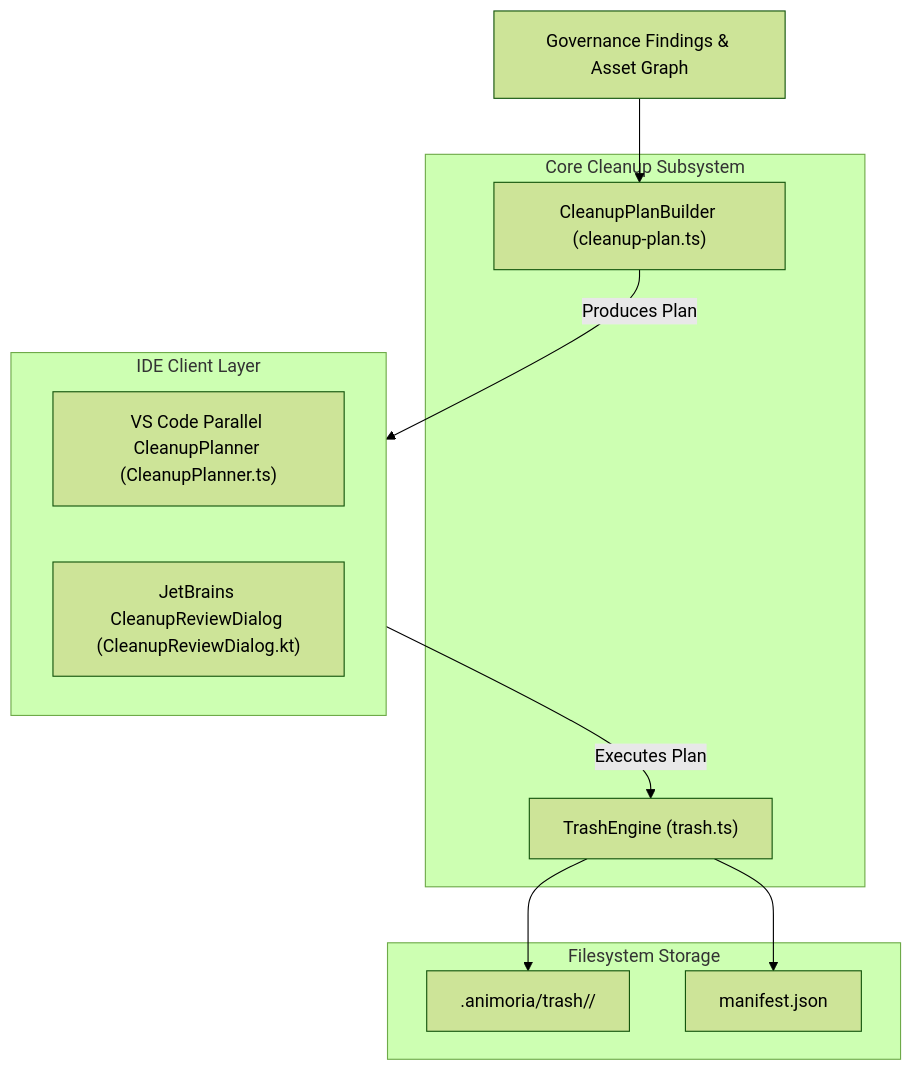
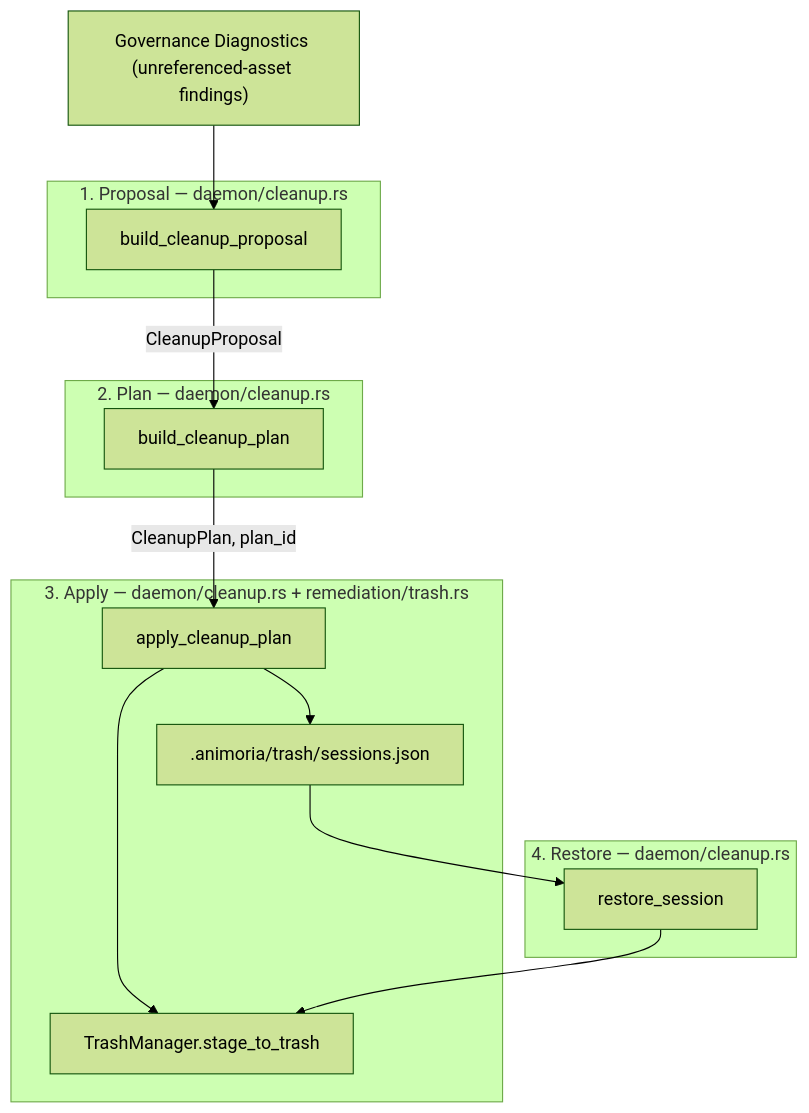
Before and after one commit to sxnnyside-project/animoria: the diagram in docs/guides/08-cleanup-trash-restore.md, drawn with Mermaid (forest theme). The commit also changed other lines of this file and 466 other files, not shown here.

Commit message:
refactor: complete migration of core engine from TypeScript to Rust

````diff
--- a/docs/guides/08-cleanup-trash-restore.md
+++ b/docs/guides/08-cleanup-trash-restore.md
@@ -16,26 +14,30 @@
 ```mermaid
 graph TD
-    GovernanceReport["Governance Findings & Asset Graph"]
-    
-    subgraph CoreCleanup["Core Cleanup Subsystem"]
-        CleanupPlanner["CleanupPlanBuilder (cleanup-plan.ts)"]
-        TrashEngine["TrashEngine (trash.ts)"]
+    Diagnostics["Governance Diagnostics (unreferenced-asset findings)"]
+
+    subgraph Proposal["1. Proposal — daemon/cleanup.rs"]
+        BuildProposal["build_cleanup_proposal"]
     end
 
-    subgraph ClientLayer["IDE Client Layer"]
-        VSCodePlanner["VS Code Parallel CleanupPlanner (CleanupPlanner.ts)"]
-        JBCleanup["JetBrains CleanupReviewDialog (CleanupReviewDialog.kt)"]
+    subgraph Plan["2. Plan — daemon/cleanup.rs"]
+        BuildPlan["build_cleanup_plan"]
     end
 
-    subgraph StagedStorage["Filesystem Storage"]
-        TrashDir[".animoria/trash/<session-id>/"]
-        ManifestFile["manifest.json"]
+    subgraph Apply["3. Apply — daemon/cleanup.rs + remediation/trash.rs"]
+        ApplyPlan["apply_cleanup_plan"]
+        TrashMgr["TrashManager.stage_to_trash"]
+        Journal[".animoria/trash/sessions.json"]
     end
 
-    GovernanceReport --> CleanupPlanner
-    CleanupPlanner -->|Produces Plan| ClientLayer
-    
-    ClientLayer -->|Executes Plan| TrashEngine
-    TrashEngine --> TrashDir
-    TrashEngine --> ManifestFile
+    subgraph Restore["4. Restore — daemon/cleanup.rs"]
+        RestoreSession["restore_session"]
+    end
+
+    Diagnostics --> BuildProposal
+    BuildProposal -->|CleanupProposal| BuildPlan
+    BuildPlan -->|CleanupPlan, plan_id| ApplyPlan
+    ApplyPlan --> TrashMgr
+    ApplyPlan --> Journal
+    Journal --> RestoreSession
+    RestoreSession --> TrashMgr
 ```
````
